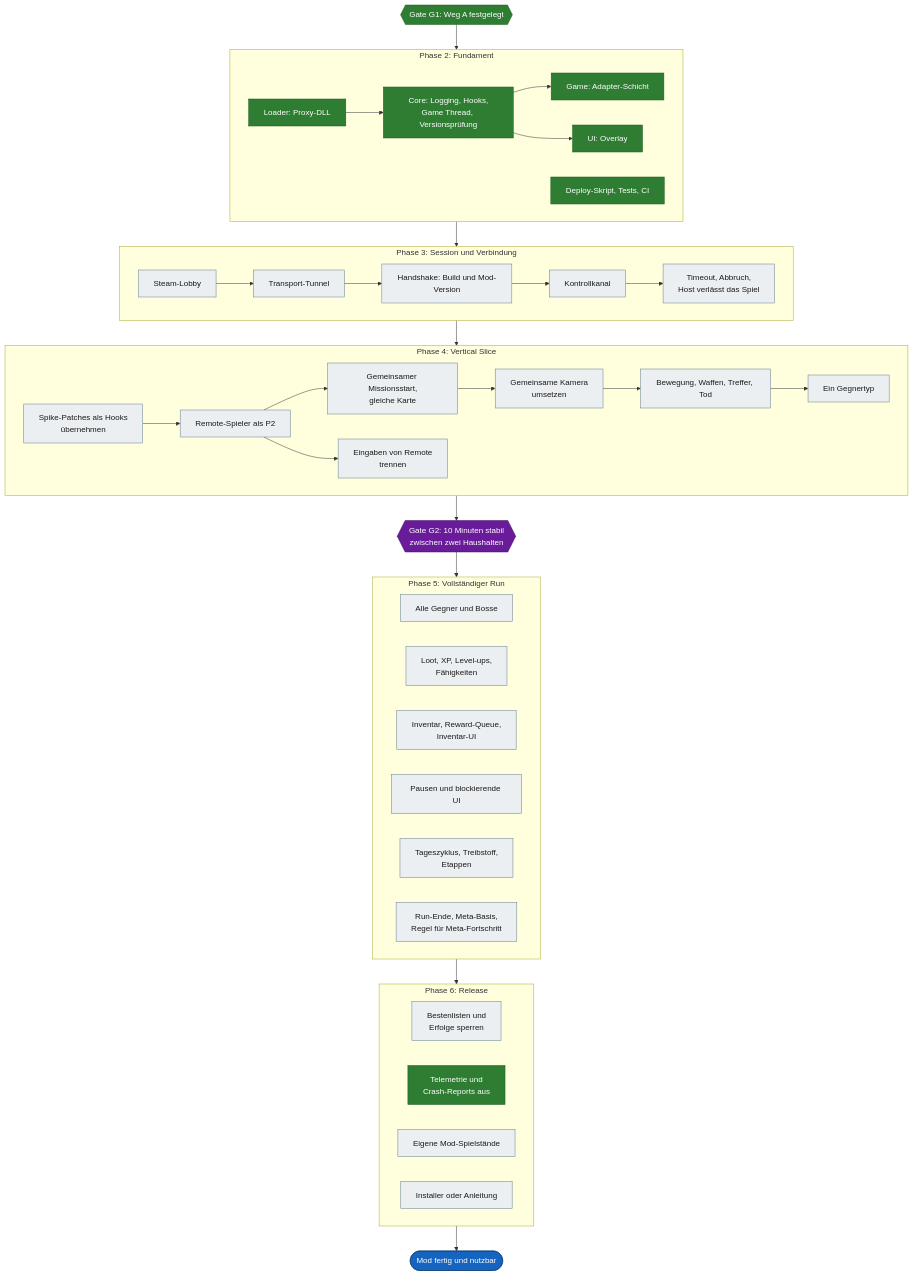
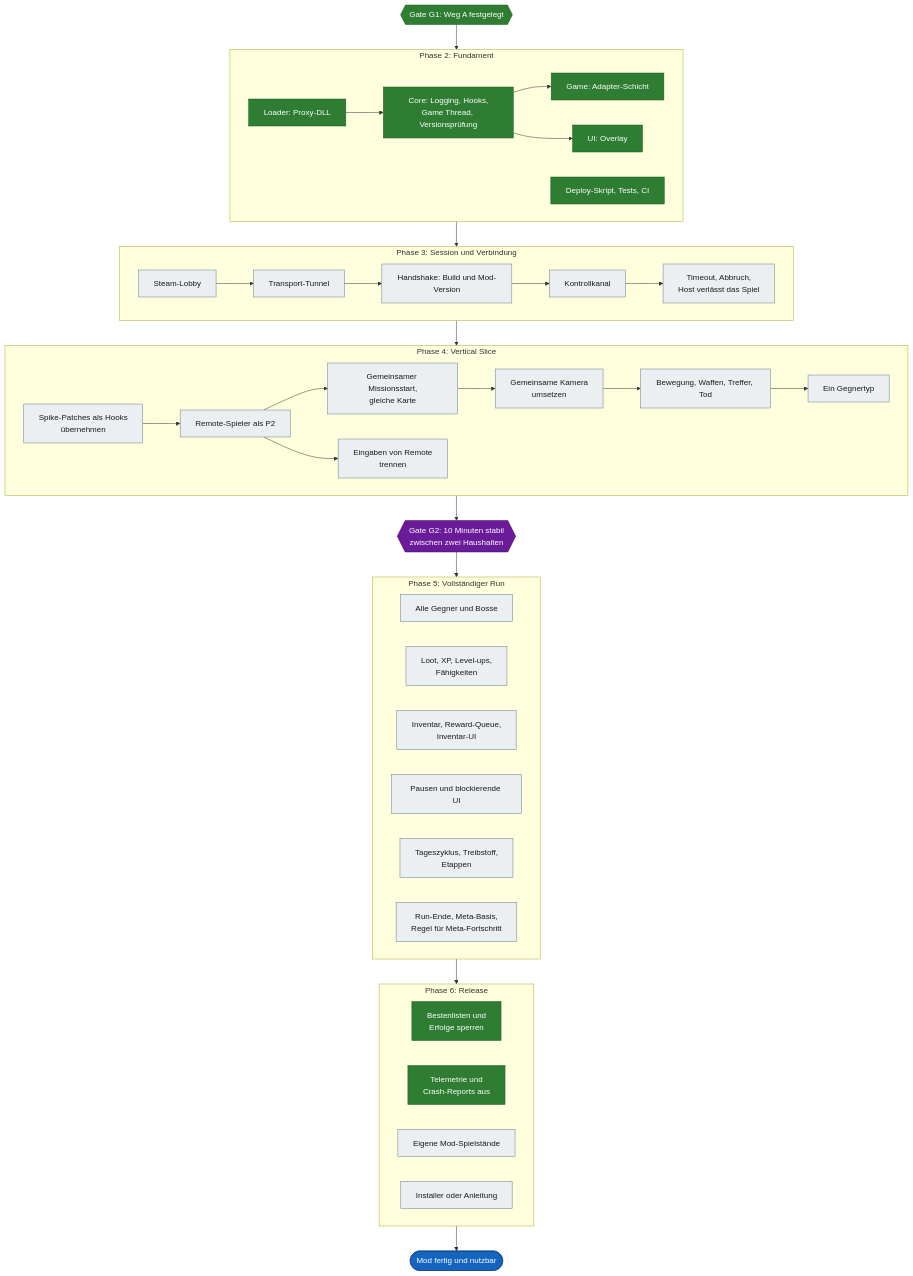
The third of 4 diagrams in docs/ROADMAP.md (VitaminStack/Deadly-Days-Roadtrip-Multiplayer-Mod), drawn with Mermaid before and after one commit. The commit also changed other lines of this file and 12 other files, not shown here.

First line of the commit message:
online-sperren: Steam-Erfolge, -Statistiken und -Bestenlisten im Mod-Betrieb gesperrt (#75)

````diff
--- a/docs/ROADMAP.md
+++ b/docs/ROADMAP.md
@@ -150,63 +149,63 @@
 ```mermaid
 flowchart TD
     G1{{"Gate G1: Weg A festgelegt"}}:::done
 
     subgraph PH2["Phase 2: Fundament"]
         L["Loader: Proxy-DLL"]:::done
         C["Core: Logging, Hooks,<br/>Game Thread, Versionsprüfung"]:::done
         GA["Game: Adapter-Schicht"]:::done
         U["UI: Overlay"]:::done
         W["Deploy-Skript, Tests, CI"]:::done
         L --> C --> GA
         C --> U
     end
 
     subgraph PH3["Phase 3: Session und Verbindung"]
         LO["Steam-Lobby"]:::open
         TN["Transport-Tunnel"]:::open
         HS["Handshake: Build und Mod-Version"]:::open
         FE["Timeout, Abbruch,<br/>Host verlässt das Spiel"]:::open
         KK["Kontrollkanal"]:::open
         LO --> TN --> HS --> KK --> FE
     end
 
     subgraph PH4["Phase 4: Vertical Slice"]
         SH["Spike-Patches als Hooks<br/>übernehmen"]:::open
         R2["Remote-Spieler als P2"]:::open
         MS["Gemeinsamer Missionsstart,<br/>gleiche Karte"]:::open
         KM["Gemeinsame Kamera<br/>umsetzen"]:::open
         KA["Bewegung, Waffen, Treffer, Tod"]:::open
         GT["Ein Gegnertyp"]:::open
         EI["Eingaben von Remote<br/>trennen"]:::open
         SH --> R2 --> MS --> KM --> KA --> GT
         R2 --> EI
     end
 
     G2{{"Gate G2: 10 Minuten stabil<br/>zwischen zwei Haushalten"}}:::gate
 
     subgraph PH5["Phase 5: Vollständiger Run"]
         GE["Alle Gegner und Bosse"]:::open
         XP["Loot, XP, Level-ups,<br/>Fähigkeiten"]:::open
         IV["Inventar, Reward-Queue,<br/>Inventar-UI"]:::open
         PU["Pausen und blockierende UI"]:::open
         TG["Tageszyklus, Treibstoff,<br/>Etappen"]:::open
         ME["Run-Ende, Meta-Basis,<br/>Regel für Meta-Fortschritt"]:::open
     end
 
     subgraph PH6["Phase 6: Release"]
-        SB["Bestenlisten und<br/>Erfolge sperren"]:::open
+        SB["Bestenlisten und<br/>Erfolge sperren"]:::done
         TE["Telemetrie und<br/>Crash-Reports aus"]:::done
         SV["Eigene Mod-Spielstände"]:::open
         IN["Installer oder Anleitung"]:::open
     end
 
     Z(["Mod fertig und nutzbar"]):::goal
 
     G1 --> PH2 --> PH3 --> PH4 --> G2 --> PH5 --> PH6 --> Z
 
     classDef done fill:#2e7d32,stroke:#1b5e20,color:#ffffff
     classDef wip fill:#f9a825,stroke:#b27a00,color:#1a1a1a
     classDef open fill:#eceff1,stroke:#607d8b,color:#1a1a1a
     classDef gate fill:#6a1b9a,stroke:#3e1163,color:#ffffff
     classDef goal fill:#1565c0,stroke:#0d3c78,color:#ffffff
 ```
````
